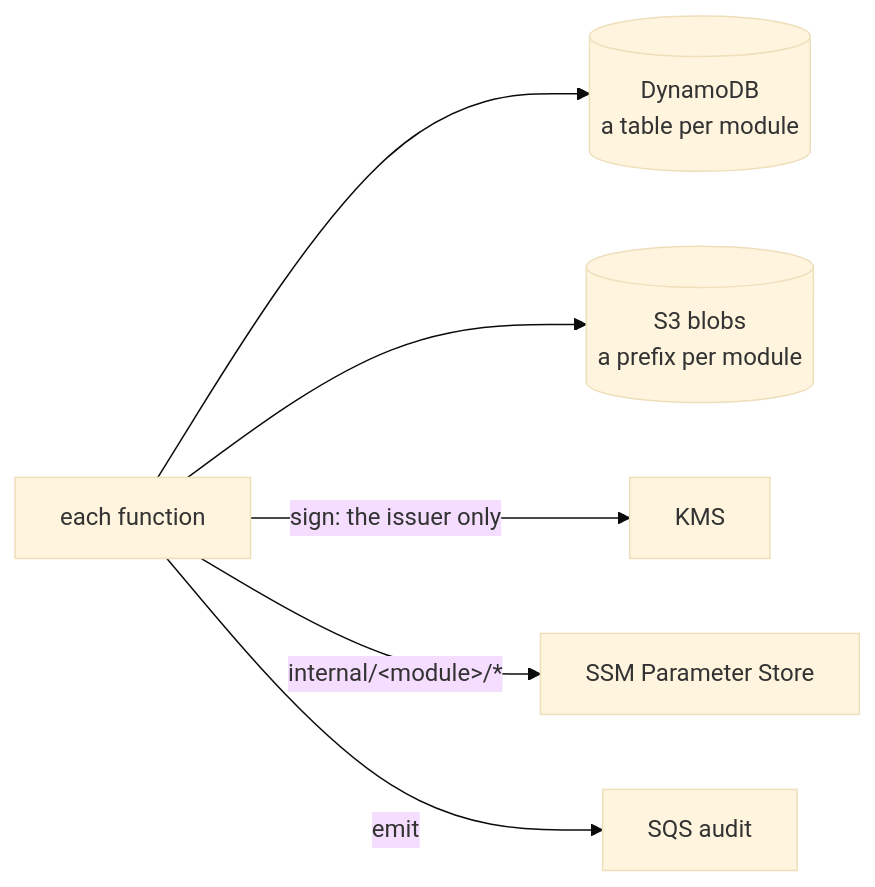
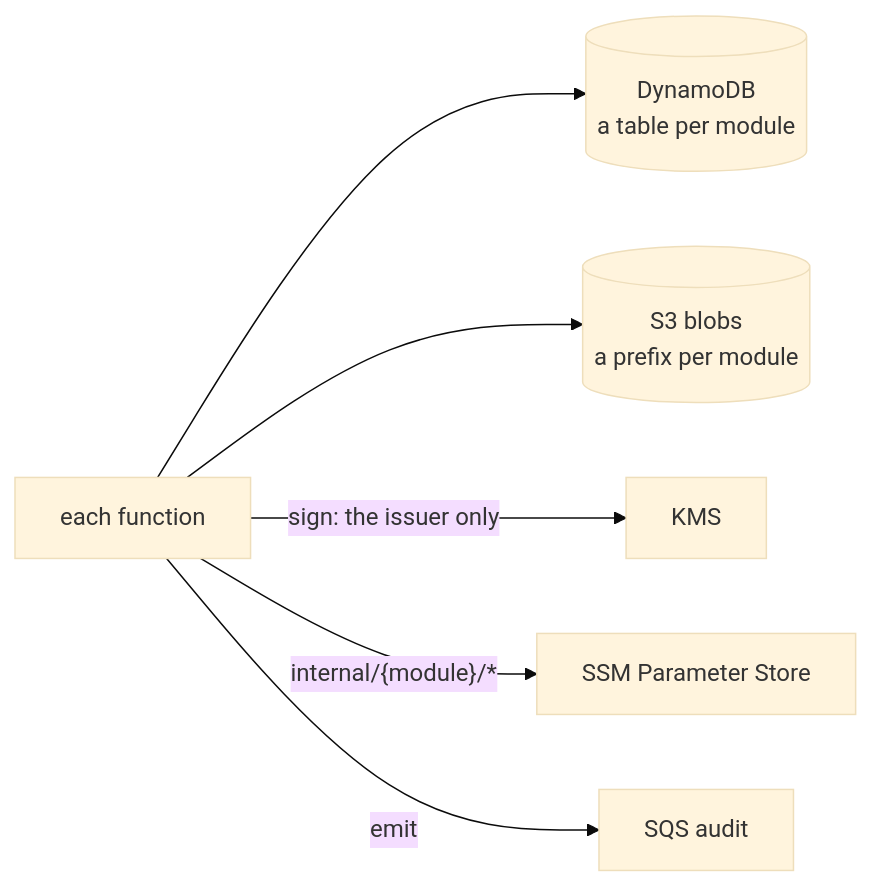
The second of 2 diagrams in docs/concepts/sluis/lambda.md (truvity/sluis), drawn with Mermaid (base theme) before and after one commit.

Commit message:
docs: no entity semicolons in the Lambda diagram
The lint recipe refuses a Mermaid arrow line holding ";": GitHub splits
the message there and renders nothing.

````diff
--- a/docs/concepts/sluis/lambda.md
+++ b/docs/concepts/sluis/lambda.md
@@ -20,9 +20,9 @@
 ```mermaid
 flowchart LR
   F["each function"]
   F --> D[("DynamoDB<br/>a table per module")]
   F --> B[("S3 blobs<br/>a prefix per module")]
   F -->|"sign: the issuer only"| K["KMS"]
-  F -->|"internal/&lt;module&gt;/*"| P["SSM Parameter Store"]
+  F -->|"internal/{module}/*"| P["SSM Parameter Store"]
   F -->|"emit"| Q["SQS audit"]
 ```
````
